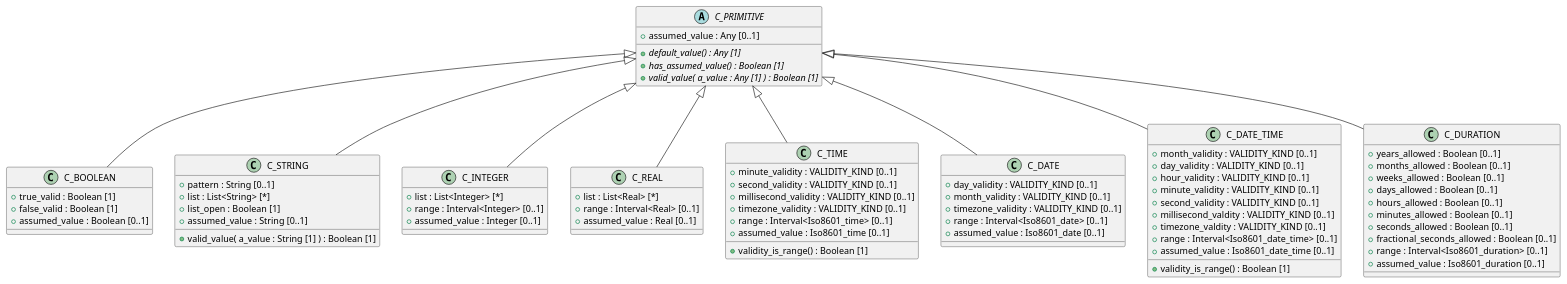
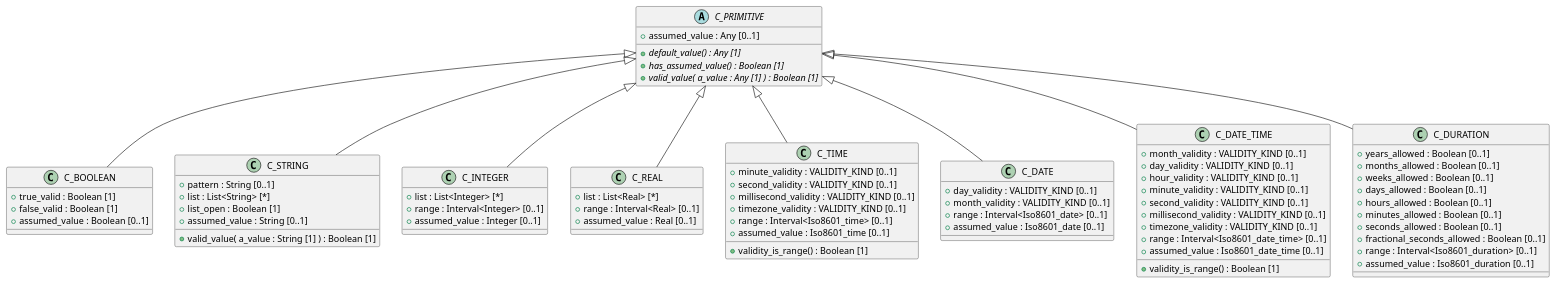
The diagram in code/Adoc/openehr_am_1.4.0/plantUML/packages/AM-aom14.primitive.adoc (sebastian-iancu/code-generator), drawn with PlantUML before and after one commit. The commit also changed 299 other files, not shown here.

```diff
--- a/code/Adoc/openehr_am_1.4.0/plantUML/packages/AM-aom14.primitive.adoc
+++ b/code/Adoc/openehr_am_1.4.0/plantUML/packages/AM-aom14.primitive.adoc
@@ -41,7 +41,6 @@
 class C_DATE {
   + day_validity : VALIDITY_KIND [0..1]
   + month_validity : VALIDITY_KIND [0..1]
-  + timezone_validity : VALIDITY_KIND [0..1]
   + range : Interval<Iso8601_date> [0..1]
   + assumed_value : Iso8601_date [0..1]
 }
@@ -52,8 +51,8 @@
   + hour_validity : VALIDITY_KIND [0..1]
   + minute_validity : VALIDITY_KIND [0..1]
   + second_validity : VALIDITY_KIND [0..1]
-  + millisecond_valdity : VALIDITY_KIND [0..1]
-  + timezone_valdity : VALIDITY_KIND [0..1]
+  + millisecond_validity : VALIDITY_KIND [0..1]
+  + timezone_validity : VALIDITY_KIND [0..1]
   + range : Interval<Iso8601_date_time> [0..1]
   + assumed_value : Iso8601_date_time [0..1]
   + validity_is_range() : Boolean [1]
```
